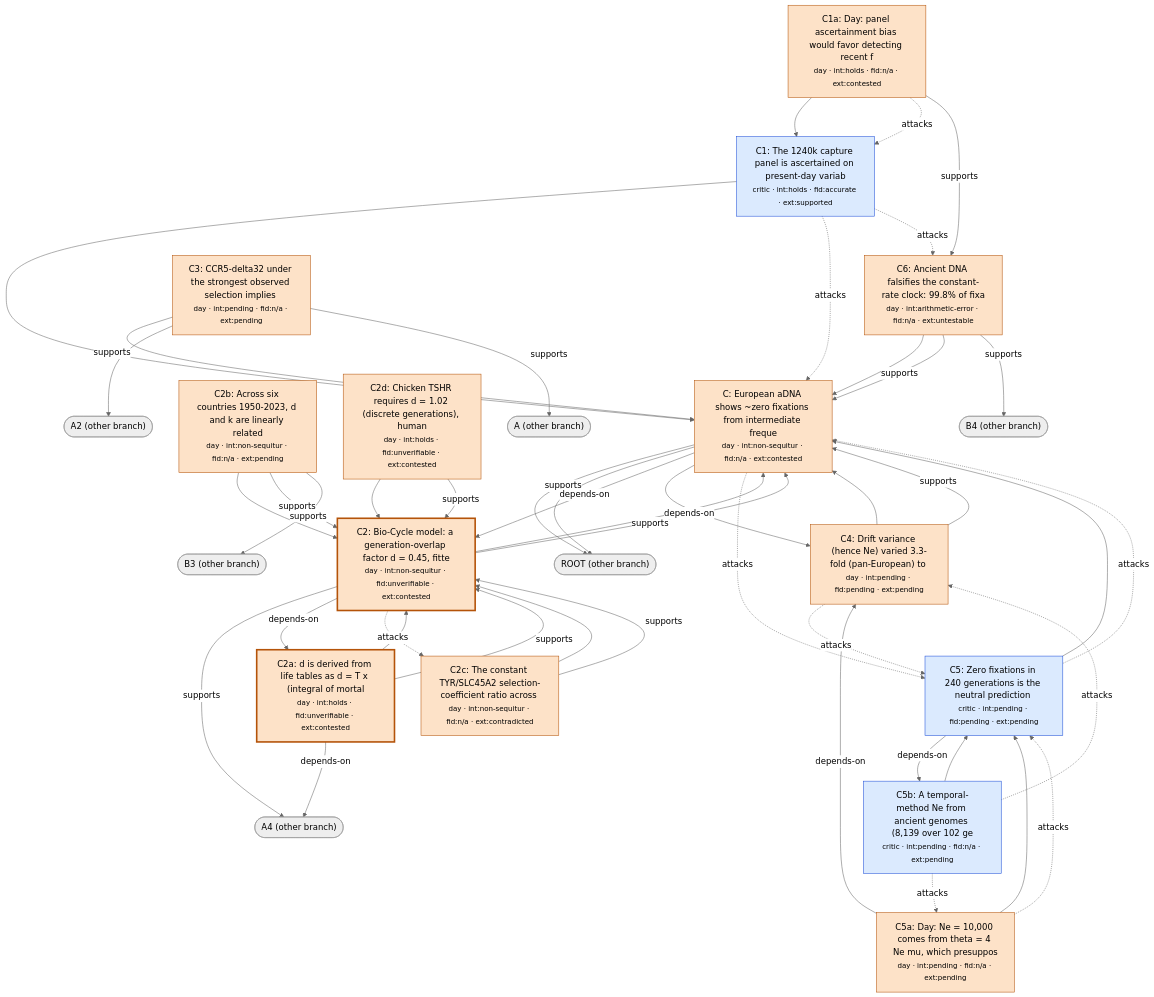
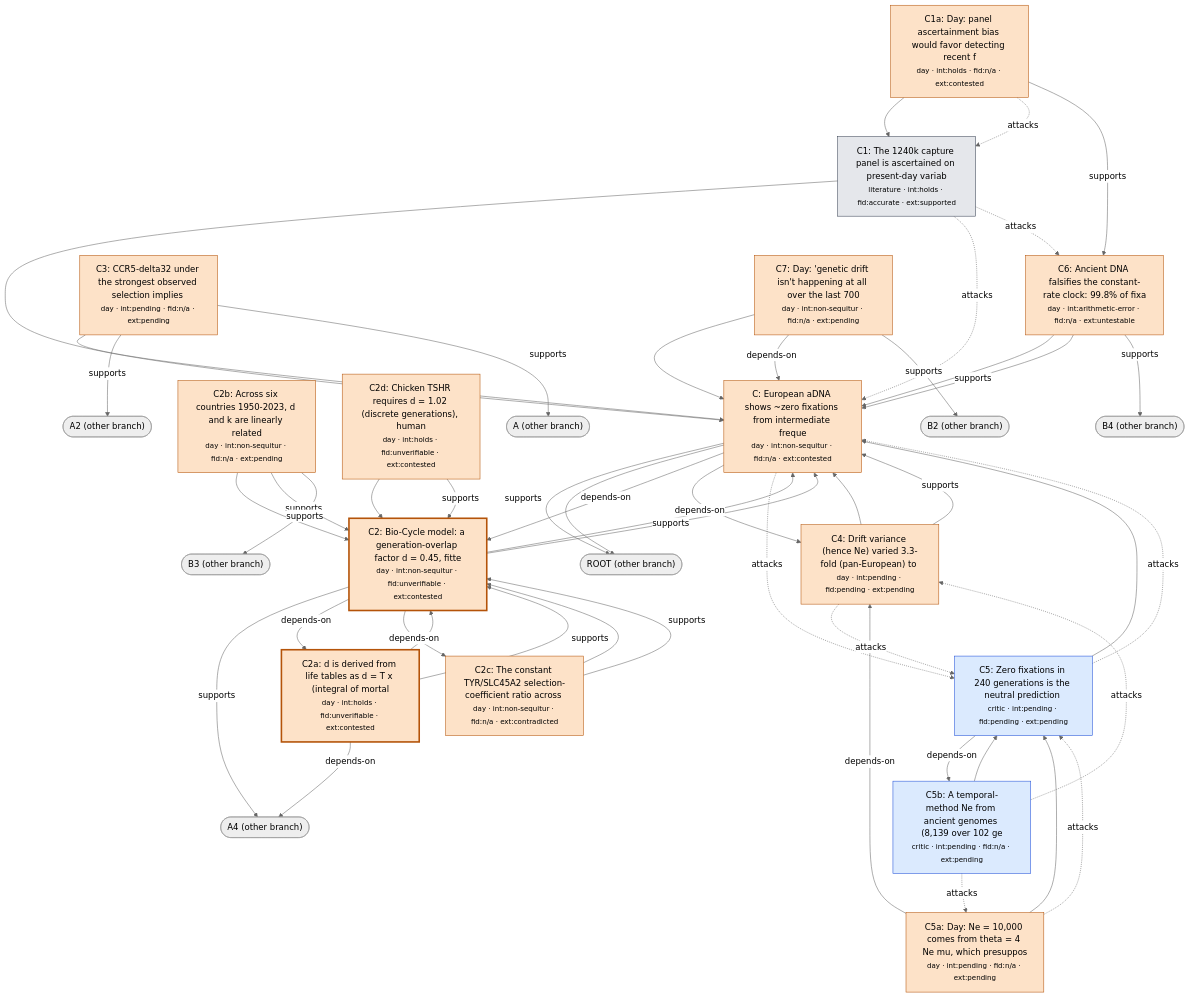
One commit to nickallevato/evo-sim changed the diagram in docs/research/hierarchy/branch-C.md. Above: the diagram before and after it, drawn with Mermaid (neutral theme). The commit also changed 7 other files, not shown here.

First line of the commit message:
Regenerate per-branch Mermaid hierarchy diagrams from current hierarchy.yaml (verdict labels were stale since round 2)

```diff
--- a/docs/research/hierarchy/branch-C.md
+++ b/docs/research/hierarchy/branch-C.md
@@ -9,8 +9,8 @@
   n_C -->|depends-on| n_C2
   n_C -->|depends-on| n_C4
   n_C -.->|attacks| n_C5
-  n_C1["C1: The 1240k capture panel is ascertained on present-day variab<br/><small>critic · int:holds · fid:accurate · ext:supported</small>"]
-  style n_C1 fill:#dbeafe,stroke:#1d4ed8
+  n_C1["C1: The 1240k capture panel is ascertained on present-day variab<br/><small>literature · int:holds · fid:accurate · ext:supported</small>"]
+  style n_C1 fill:#e5e7eb,stroke:#374151
   n_C1 --> n_C
   n_C1 -.->|attacks| n_C
   n_C1 -.->|attacks| n_C6
@@ -25,7 +25,7 @@
   n_C2 -->|supports| n_C
   n_C2 -->|supports| n_A4
   n_C2 -->|depends-on| n_C2a
-  n_C2 -.->|attacks| n_C2c
+  n_C2 -->|depends-on| n_C2c
   n_C2a["C2a: d is derived from life tables as d = T x (integral of mortal<br/><small>day · int:holds · fid:unverifiable · ext:contested</small>"]
   style n_C2a fill:#fde2c8,stroke:#b45309,stroke-width:3px
   n_C2a --> n_C2
@@ -74,9 +74,15 @@
   n_C6 --> n_C
   n_C6 -->|supports| n_C
   n_C6 -->|supports| n_B4
+  n_C7["C7: Day: 'genetic drift isn't happening at all over the last 700<br/><small>day · int:non-sequitur · fid:n/a · ext:pending</small>"]
+  style n_C7 fill:#fde2c8,stroke:#b45309
+  n_C7 --> n_C
+  n_C7 -->|depends-on| n_C
+  n_C7 -->|supports| n_B2
   n_A(["A (other branch)"])
   n_A2(["A2 (other branch)"])
   n_A4(["A4 (other branch)"])
+  n_B2(["B2 (other branch)"])
   n_B3(["B3 (other branch)"])
   n_B4(["B4 (other branch)"])
   n_ROOT(["ROOT (other branch)"])
```
